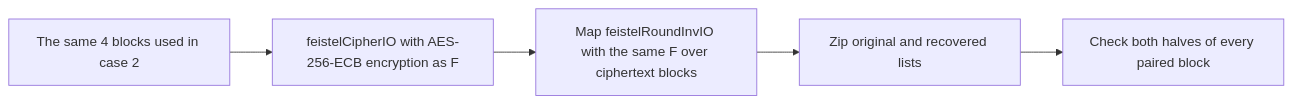
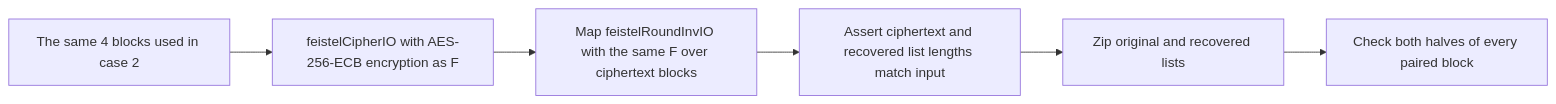
One commit to locusf/blackworm changed the fifth of 6 diagrams in docs/test-visualization.md. Above: the diagram before and after it, drawn with Mermaid. The commit also changed other lines of this file and 19 other files, not shown here.

````diff
--- a/docs/test-visualization.md
+++ b/docs/test-visualization.md
@@ -130,7 +130,8 @@
 ```mermaid
 flowchart LR
     INPUT["The same 4 blocks used in case 2"] --> ENC["feistelCipherIO with AES-256-ECB encryption as F"]
     ENC --> DEC["Map feistelRoundInvIO with the same F over ciphertext blocks"]
-    DEC --> ZIP["Zip original and recovered lists"]
+    DEC --> LENGTH["Assert ciphertext and recovered list lengths match input"]
+    LENGTH --> ZIP["Zip original and recovered lists"]
     ZIP --> CHECK["Check both halves of every paired block"]
 ```
````
